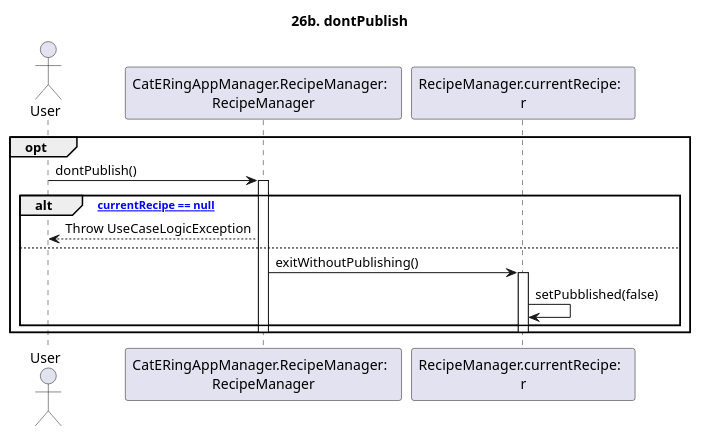
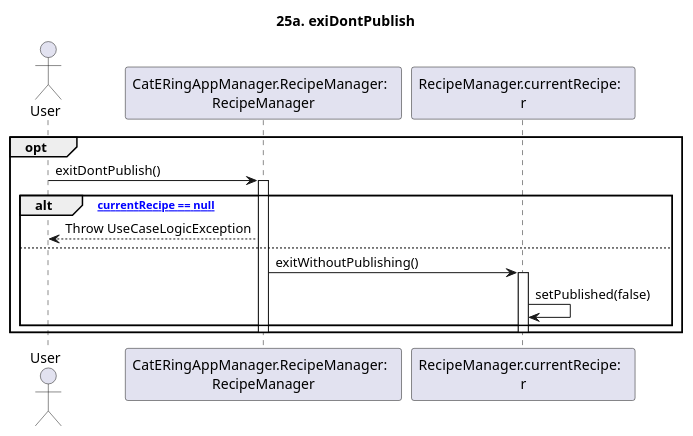
One commit to m0canu1/sas changed the diagram in dsd/dsd-ricette/estensioni/926b-exitNotPublishing.md. Above: the diagram before and after it, drawn with PlantUML. The commit also changed 4 other files, not shown here.

````diff
--- a/dsd/dsd-ricette/estensioni/926b-exitNotPublishing.md
+++ b/dsd/dsd-ricette/estensioni/926b-exitNotPublishing.md
@@ -1,23 +1,23 @@
 ```plantuml
 
-title: 26b. dontPublish
+title: 25a. exiDontPublish
 
 Actor User
 Participant "CatERingAppManager.RecipeManager:  \nRecipeManager" as RM
 Participant "RecipeManager.currentRecipe:  \nr" as CR
 
 opt
-	User -> RM: dontPublish()
+	User -> RM: exitDontPublish()
 	Activate RM
 	alt ["currentRecipe == null"]
 		RM --> User: Throw UseCaseLogicException
 	else 
 		RM -> CR: exitWithoutPublishing()
 		Activate CR
-		CR -> CR: setPubblished(false)
+		CR -> CR: setPublished(false)
 	end
 	Deactivate CR
 	Deactivate RM
 end
 
 ```
````
